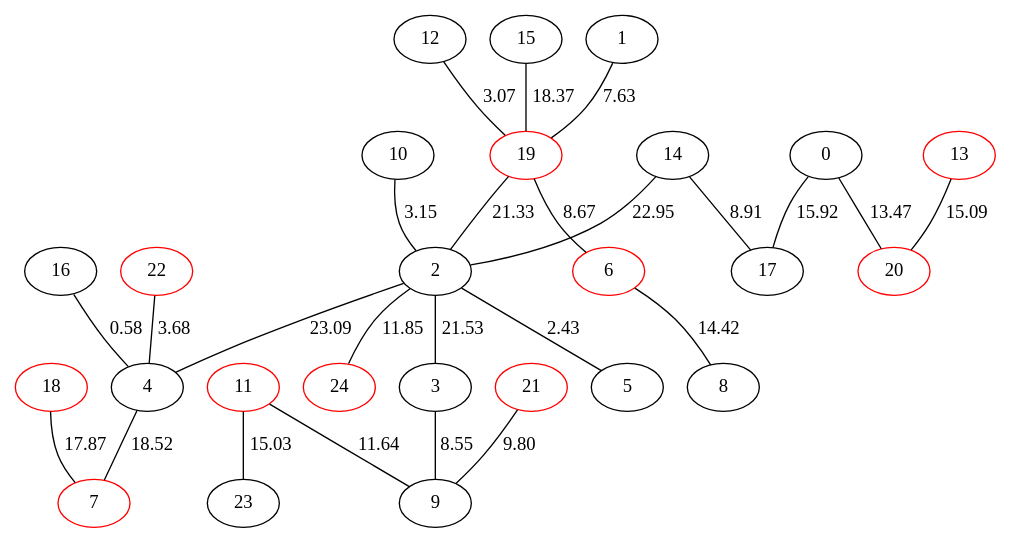
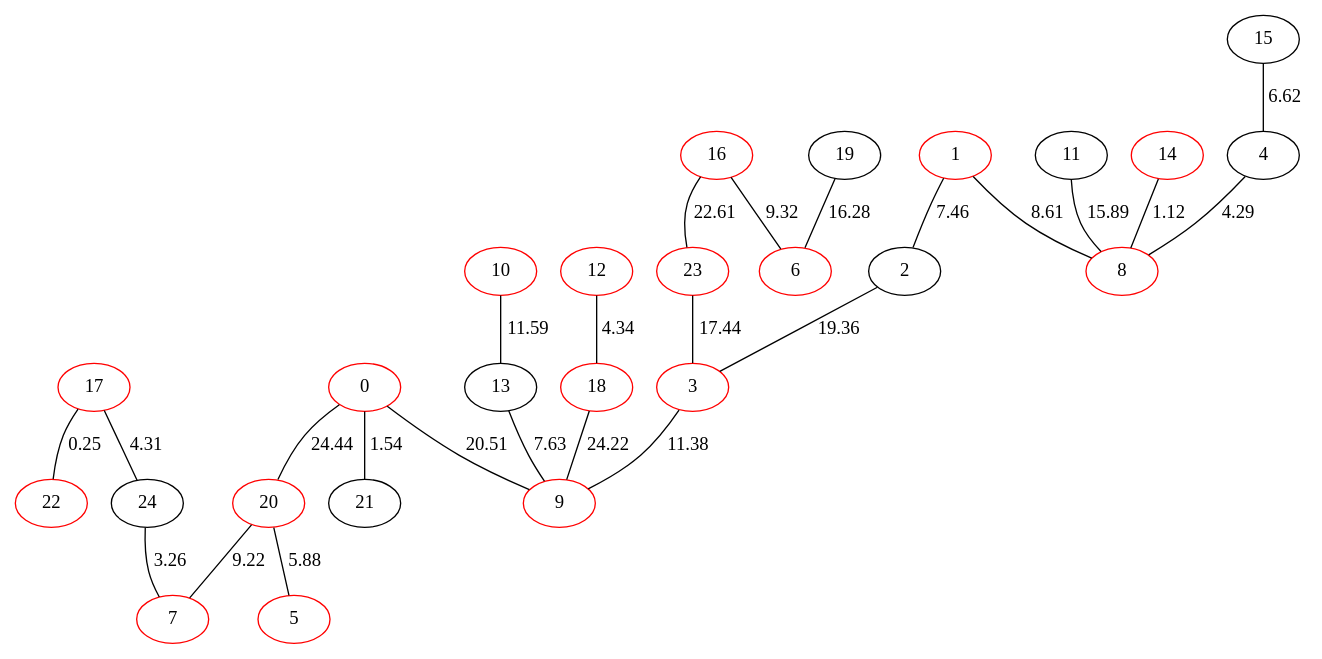
The diagram in example/ConnectedGraph25N.dot (Aura9111/SteinerBA), drawn with Graphviz before and after one commit. The commit also changed 9 other files, not shown here.

```diff
--- a/example/ConnectedGraph25N.dot
+++ b/example/ConnectedGraph25N.dot
@@ -1,51 +1,51 @@
 graph {
 22[color=red]
-23[color=black]
-24[color=red]
-10[color=black]
-11[color=red]
-12[color=black]
-13[color=red]
-14[color=black]
+23[color=red]
+24[color=black]
+10[color=red]
+11[color=black]
+12[color=red]
+13[color=black]
+14[color=red]
 15[color=black]
-16[color=black]
-17[color=black]
+16[color=red]
+17[color=red]
 18[color=red]
-19[color=red]
-0[color=black]
-1[color=black]
+19[color=black]
+0[color=red]
+1[color=red]
 2[color=black]
-3[color=black]
+3[color=red]
 4[color=black]
-5[color=black]
+5[color=red]
 6[color=red]
 7[color=red]
-8[color=black]
-9[color=black]
+8[color=red]
+9[color=red]
 20[color=red]
-21[color=red]
-2--24[label=11.85]
-13--20[label=15.09]
-19--6[label=8.67]
-16--4[label=0.58]
-11--23[label=15.03]
-14--2[label=22.95]
-14--17[label=8.91]
-19--2[label=21.33]
-22--4[label=3.68]
-21--9[label=9.80]
-0--17[label=15.92]
-11--9[label=11.64]
-15--19[label=18.37]
-3--9[label=8.55]
-2--5[label=2.43]
-2--4[label=23.09]
-2--3[label=21.53]
-0--20[label=13.47]
-12--19[label=3.07]
-10--2[label=3.15]
-6--8[label=14.42]
-4--7[label=18.52]
-18--7[label=17.87]
-1--19[label=7.63]
+21[color=black]
+20--5[label=5.88]
+19--6[label=16.28]
+23--3[label=17.44]
+24--7[label=3.26]
+16--23[label=22.61]
+20--7[label=9.22]
+1--8[label=8.61]
+3--9[label=11.38]
+17--24[label=4.31]
+11--8[label=15.89]
+2--3[label=19.36]
+0--21[label=1.54]
+10--13[label=11.59]
+1--2[label=7.46]
+0--20[label=24.44]
+16--6[label=9.32]
+15--4[label=6.62]
+12--18[label=4.34]
+4--8[label=4.29]
+13--9[label=7.63]
+18--9[label=24.22]
+17--22[label=0.25]
+0--9[label=20.51]
+14--8[label=1.12]
 }
```
